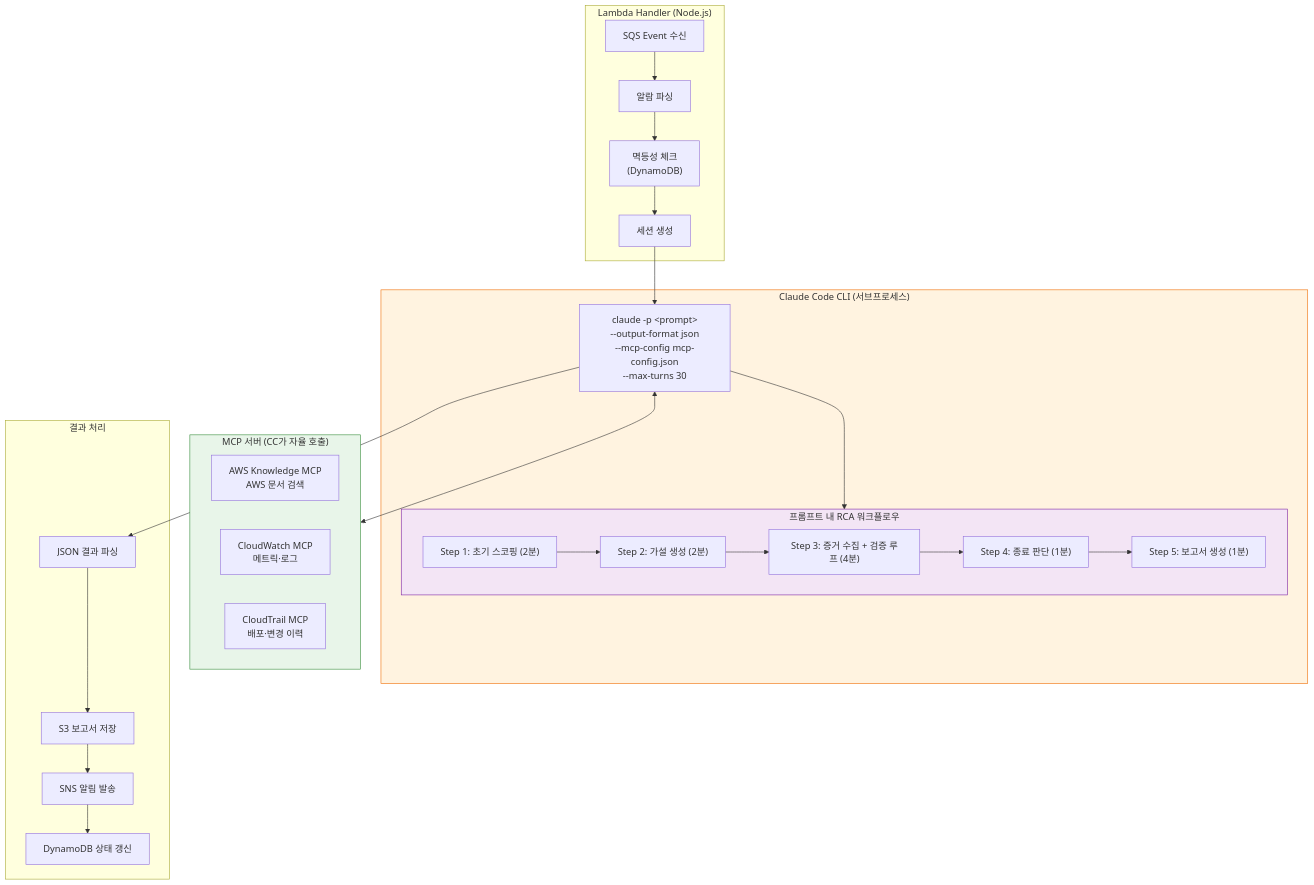
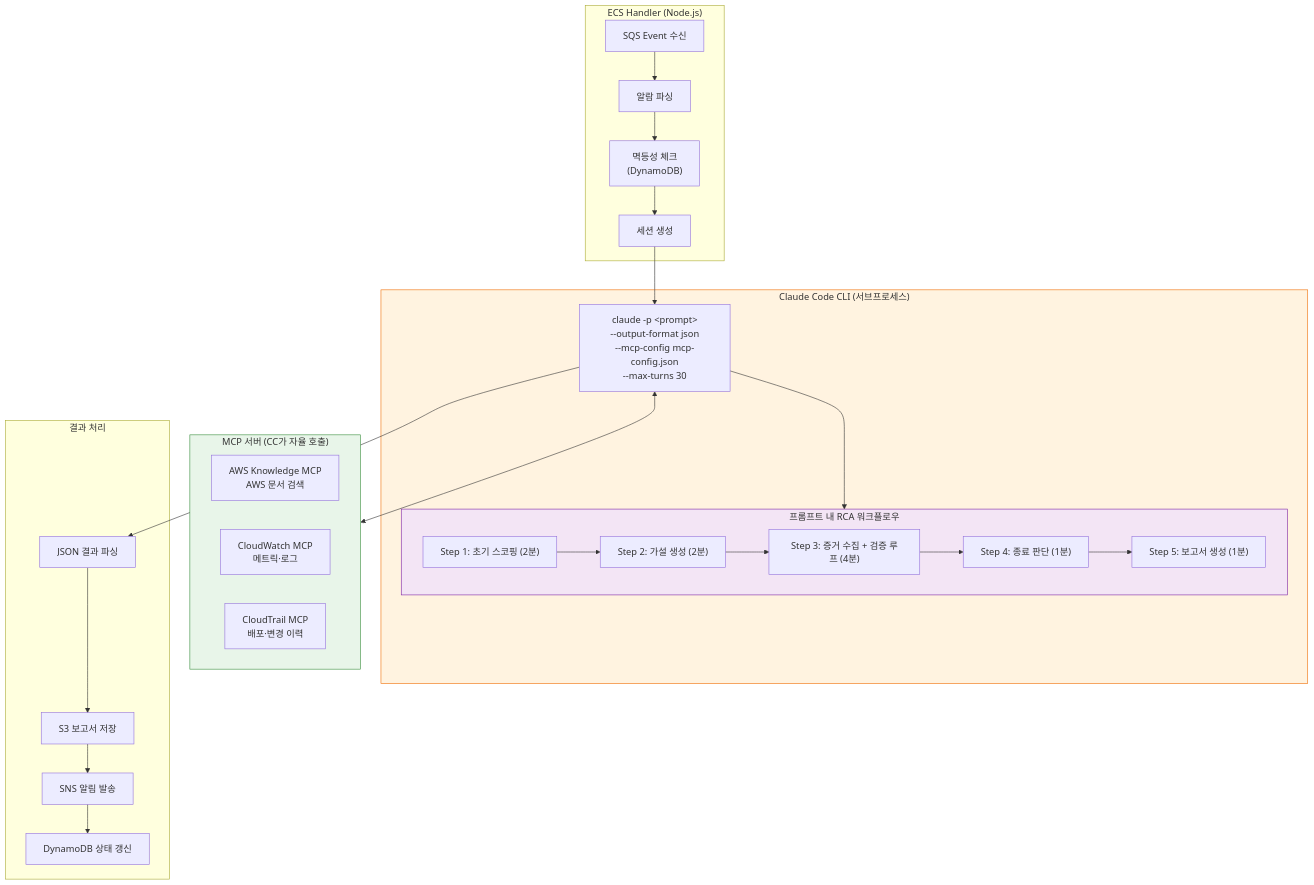
Before and after one commit to haandol/rca-agent: the ninth of 19 diagrams in docs/system-guide-for-ops.md, drawn with Mermaid. The commit also changed other lines of this file and 2 other files, not shown here.

First line of the commit message:
docs: README 시크릿 설정·인프라 배포 섹션 추가, CC Headless Lambda→Fargate 반영

````diff
--- a/docs/system-guide-for-ops.md
+++ b/docs/system-guide-for-ops.md
@@ -400,47 +400,47 @@
 ```mermaid
 flowchart TD
-    subgraph LambdaHandler["Lambda Handler (Node.js)"]
+    subgraph EcsHandler["ECS Handler (Node.js)"]
         SQS["SQS Event 수신"]
         PARSE["알람 파싱"]
         IDEMP["멱등성 체크<br/>(DynamoDB)"]
         SESSION["세션 생성"]
         SQS --> PARSE --> IDEMP --> SESSION
     end
 
     subgraph CCProcess["Claude Code CLI (서브프로세스)"]
         CC["claude -p &lt;prompt&gt;<br/>--output-format json<br/>--mcp-config mcp-config.json<br/>--max-turns 30"]
 
         subgraph Prompt["프롬프트 내 RCA 워크플로우"]
             S1["Step 1: 초기 스코핑 (2분)"]
             S2["Step 2: 가설 생성 (2분)"]
             S3["Step 3: 증거 수집 + 검증 루프 (4분)"]
             S4["Step 4: 종료 판단 (1분)"]
             S5["Step 5: 보고서 생성 (1분)"]
             S1 --> S2 --> S3 --> S4 --> S5
         end
 
         CC --> Prompt
     end
 
     subgraph MCPServers["MCP 서버 (CC가 자율 호출)"]
         AK["AWS Knowledge MCP<br/>AWS 문서 검색"]
         CW["CloudWatch MCP<br/>메트릭·로그"]
         CT["CloudTrail MCP<br/>배포·변경 이력"]
     end
 
     subgraph Output["결과 처리"]
         RESULT["JSON 결과 파싱"]
         S3_SAVE["S3 보고서 저장"]
         SNS_SEND["SNS 알림 발송"]
         DDB_UP["DynamoDB 상태 갱신"]
         RESULT --> S3_SAVE --> SNS_SEND --> DDB_UP
     end
 
     SESSION --> CC
     CC <--> MCPServers
     CC --> RESULT
 
     style CCProcess fill:#fff3e0,stroke:#ef6c00
     style MCPServers fill:#e8f5e9,stroke:#388e3c
     style Prompt fill:#f3e5f5,stroke:#7b1fa2
 ```
````
